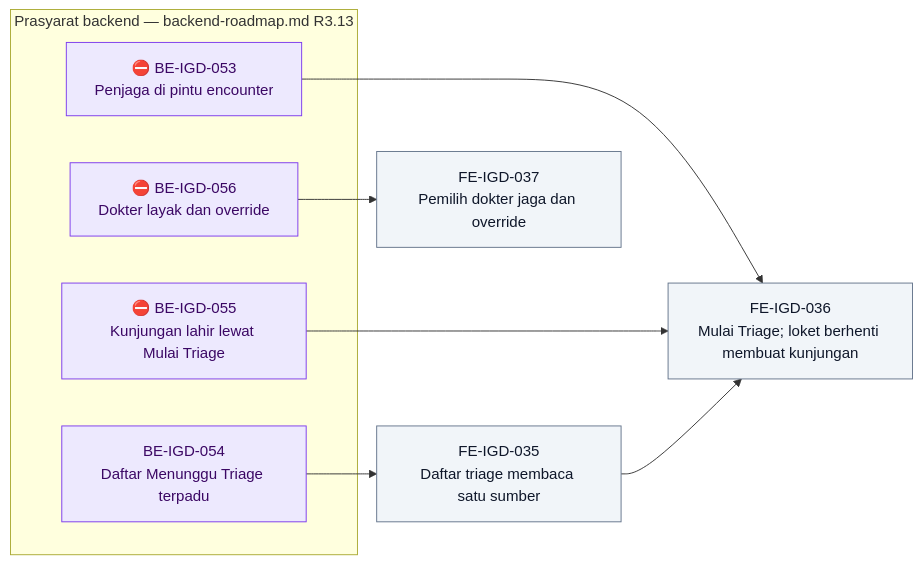
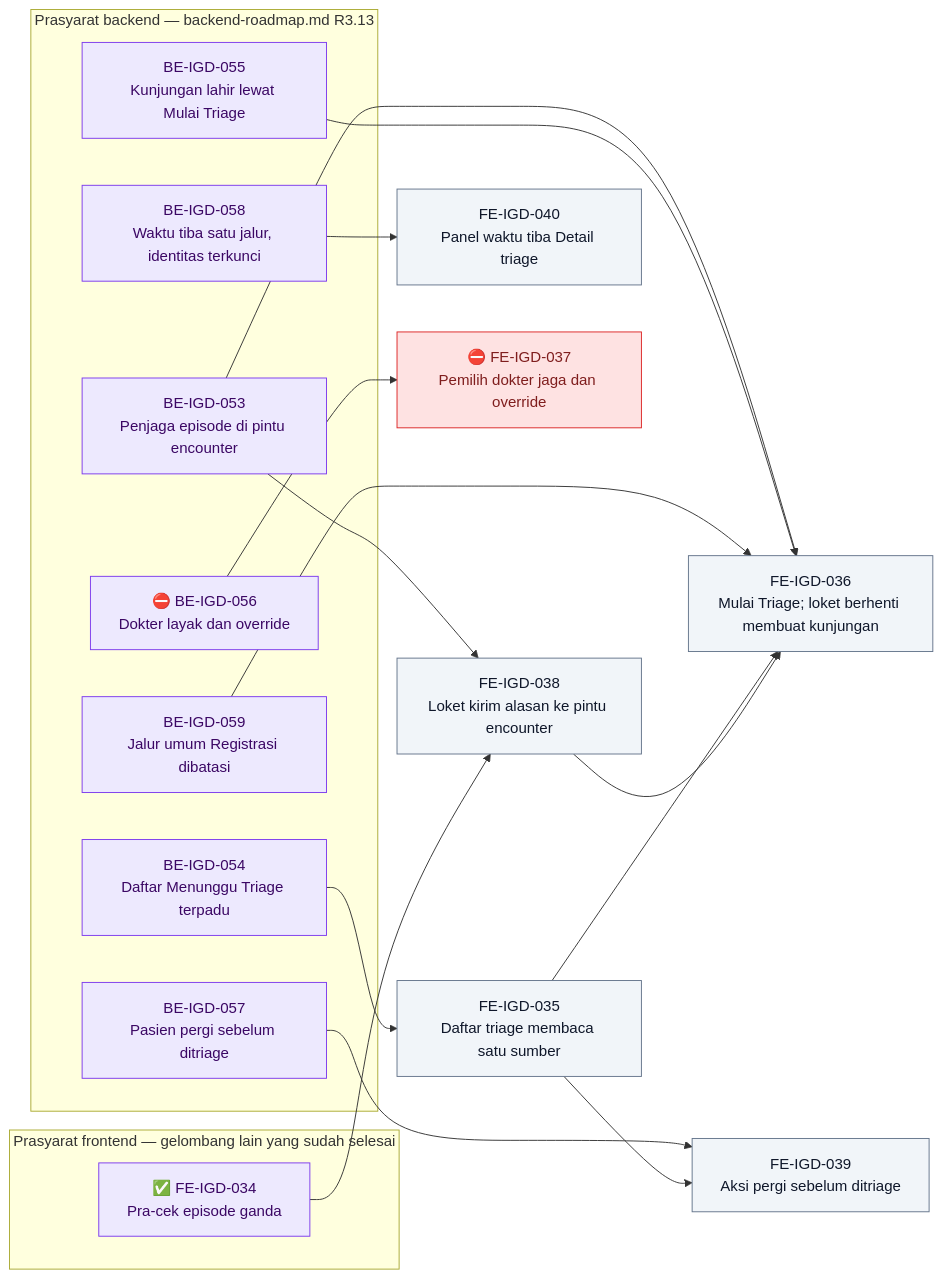
Before and after one commit to DevBenari/NewQuilvianSystemBackend: diagram 11 of 11 in docs/module-blueprints/igd/roadmap/frontend-roadmap.md, drawn with Mermaid. The commit also changed other lines of this file and 18 other files, not shown here.

````diff
--- a/docs/module-blueprints/igd/roadmap/frontend-roadmap.md
+++ b/docs/module-blueprints/igd/roadmap/frontend-roadmap.md
@@ -1234,25 +1256,42 @@
 ```mermaid
 flowchart LR
     classDef selesai fill:#DCFCE7,stroke:#16A34A,color:#14532D
     classDef sebagian fill:#FEF9C3,stroke:#CA8A04,color:#713F12
     classDef terblokir fill:#FEE2E2,stroke:#DC2626,color:#7F1D1D
     classDef belum fill:#F1F5F9,stroke:#64748B,color:#0F172A
     classDef luar fill:#EDE9FE,stroke:#7C3AED,color:#3B0764
 
     subgraph backend["Prasyarat backend — backend-roadmap.md R3.13"]
-        BEIGD053["⛔ BE-IGD-053<br/>Penjaga di pintu encounter"]:::luar
+        BEIGD053["BE-IGD-053<br/>Penjaga episode di pintu encounter"]:::luar
         BEIGD054["BE-IGD-054<br/>Daftar Menunggu Triage terpadu"]:::luar
-        BEIGD055["⛔ BE-IGD-055<br/>Kunjungan lahir lewat Mulai Triage"]:::luar
+        BEIGD055["BE-IGD-055<br/>Kunjungan lahir lewat Mulai Triage"]:::luar
         BEIGD056["⛔ BE-IGD-056<br/>Dokter layak dan override"]:::luar
+        BEIGD057["BE-IGD-057<br/>Pasien pergi sebelum ditriage"]:::luar
+        BEIGD058["BE-IGD-058<br/>Waktu tiba satu jalur, identitas terkunci"]:::luar
+        BEIGD059["BE-IGD-059<br/>Jalur umum Registrasi dibatasi"]:::luar
+    end
+
+    subgraph frontendlain["Prasyarat frontend — gelombang lain yang sudah selesai"]
+        FEIGD034["✅ FE-IGD-034<br/>Pra-cek episode ganda"]:::luar
     end
 
     FEIGD035["FE-IGD-035<br/>Daftar triage membaca satu sumber"]:::belum
+    FEIGD038["FE-IGD-038<br/>Loket kirim alasan ke pintu encounter"]:::belum
+    FEIGD040["FE-IGD-040<br/>Panel waktu tiba Detail triage"]:::belum
+    FEIGD039["FE-IGD-039<br/>Aksi pergi sebelum ditriage"]:::belum
     FEIGD036["FE-IGD-036<br/>Mulai Triage; loket berhenti membuat kunjungan"]:::belum
-    FEIGD037["FE-IGD-037<br/>Pemilih dokter jaga dan override"]:::belum
+    FEIGD037["⛔ FE-IGD-037<br/>Pemilih dokter jaga dan override"]:::terblokir
 
     BEIGD054 --> FEIGD035
+    BEIGD053 --> FEIGD038
+    FEIGD034 --> FEIGD038
+    BEIGD058 --> FEIGD040
+    BEIGD057 --> FEIGD039
+    FEIGD035 --> FEIGD039
     BEIGD053 --> FEIGD036
     BEIGD055 --> FEIGD036
+    BEIGD059 --> FEIGD036
     FEIGD035 --> FEIGD036
+    FEIGD038 --> FEIGD036
     BEIGD056 --> FEIGD037
 ```
````
